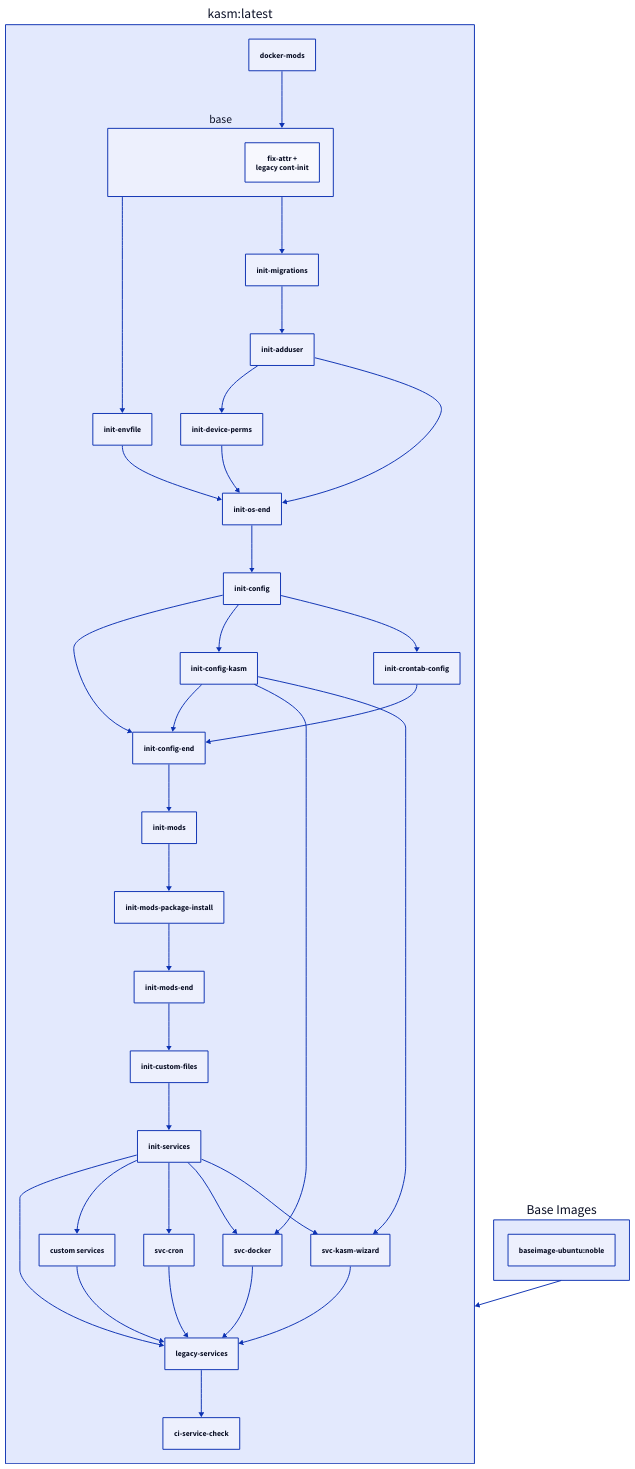
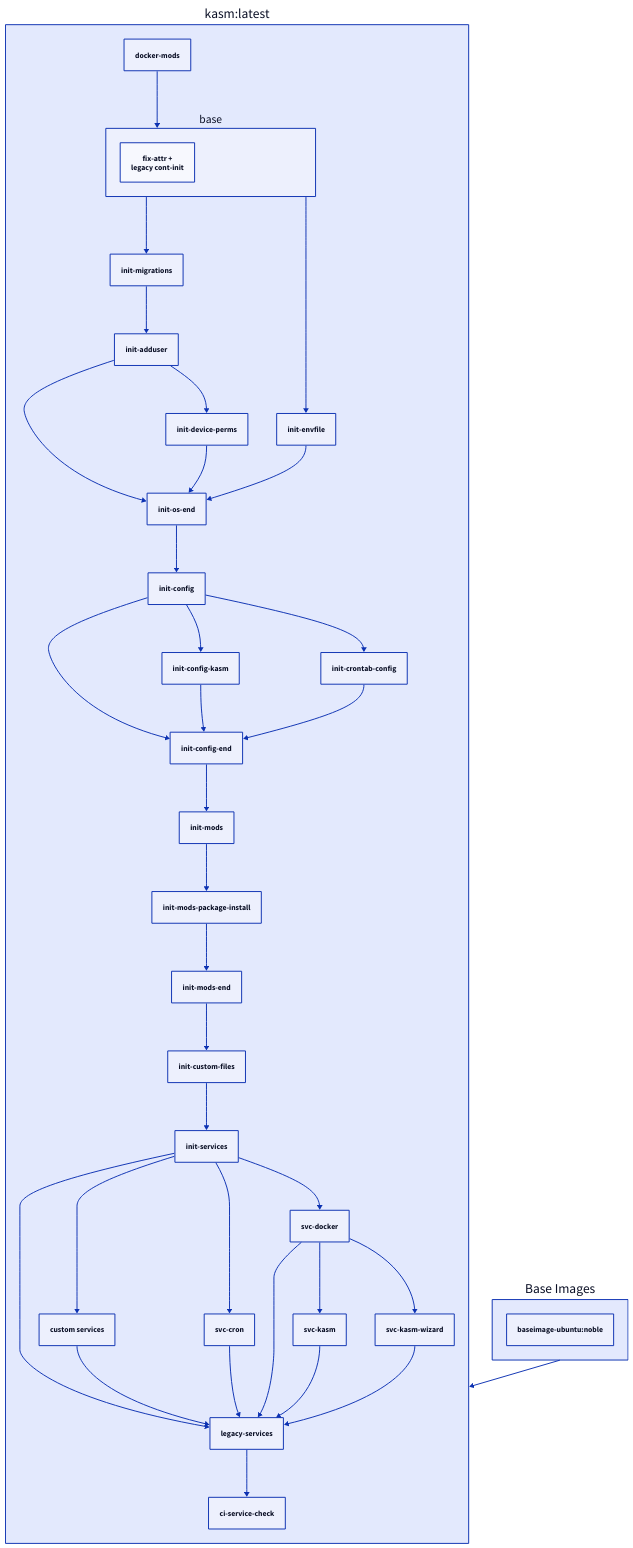
The diagram in docs/images/docker-kasm.md (linuxserver/docker-documentation), drawn with D2 before and after one commit. The commit also changed other lines of this file, not shown here.

````diff
--- a/docs/images/docker-kasm.md
+++ b/docs/images/docker-kasm.md
@@ -322,45 +326,45 @@
     ```d2
     "kasm:latest": {
       docker-mods
       base {
         fix-attr +\nlegacy cont-init
       }
       docker-mods -> base
       legacy-services
       custom services
       init-services -> legacy-services
       init-services -> custom services
       custom services -> legacy-services
       legacy-services -> ci-service-check
       init-migrations -> init-adduser
       init-os-end -> init-config
       init-config -> init-config-end
       init-config-kasm -> init-config-end
       init-crontab-config -> init-config-end
       init-config -> init-config-kasm
       init-config -> init-crontab-config
       init-mods-end -> init-custom-files
       init-adduser -> init-device-perms
       base -> init-envfile
       base -> init-migrations
       init-config-end -> init-mods
       init-mods-package-install -> init-mods-end
       init-mods -> init-mods-package-install
       init-adduser -> init-os-end
       init-device-perms -> init-os-end
       init-envfile -> init-os-end
       init-custom-files -> init-services
       init-services -> svc-cron
       svc-cron -> legacy-services
-      init-config-kasm -> svc-docker
       init-services -> svc-docker
       svc-docker -> legacy-services
-      init-config-kasm -> svc-kasm-wizard
-      init-services -> svc-kasm-wizard
+      svc-docker -> svc-kasm
+      svc-kasm -> legacy-services
+      svc-docker -> svc-kasm-wizard
       svc-kasm-wizard -> legacy-services
     }
     Base Images: {
       "baseimage-ubuntu:noble"
     }
     "kasm:latest" <- Base Images
     ```
````
